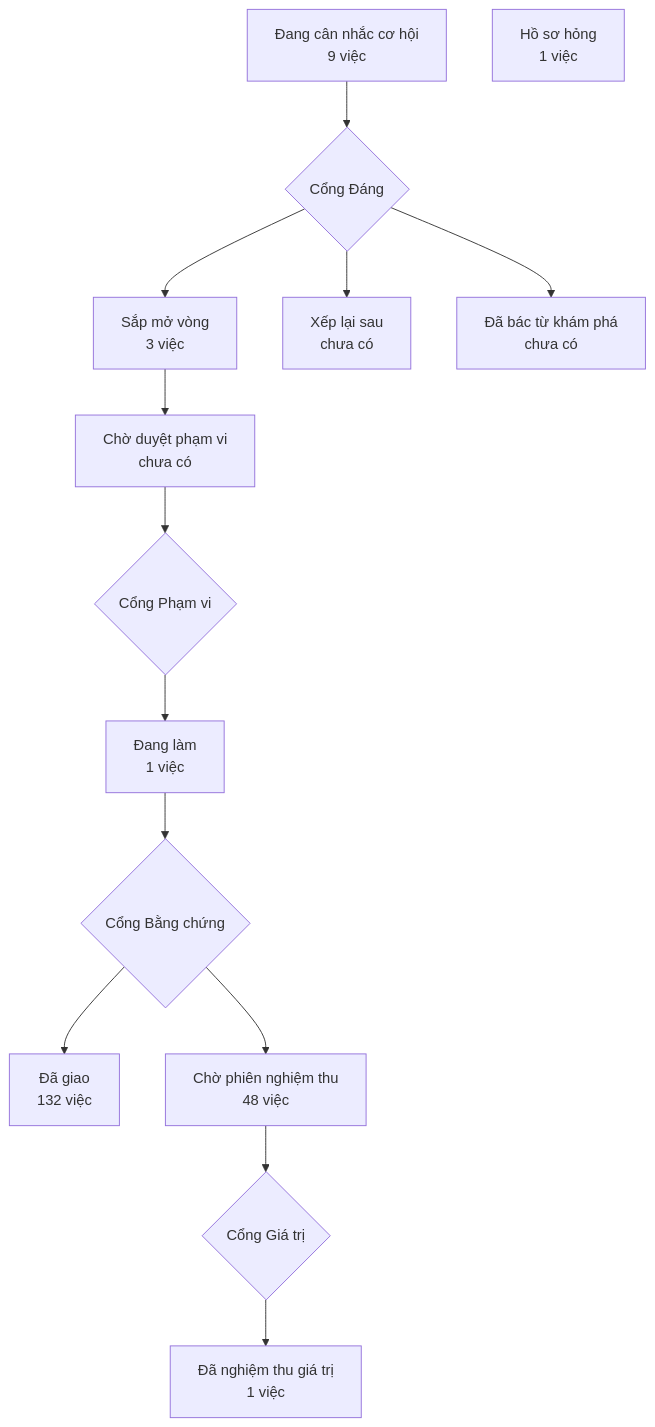
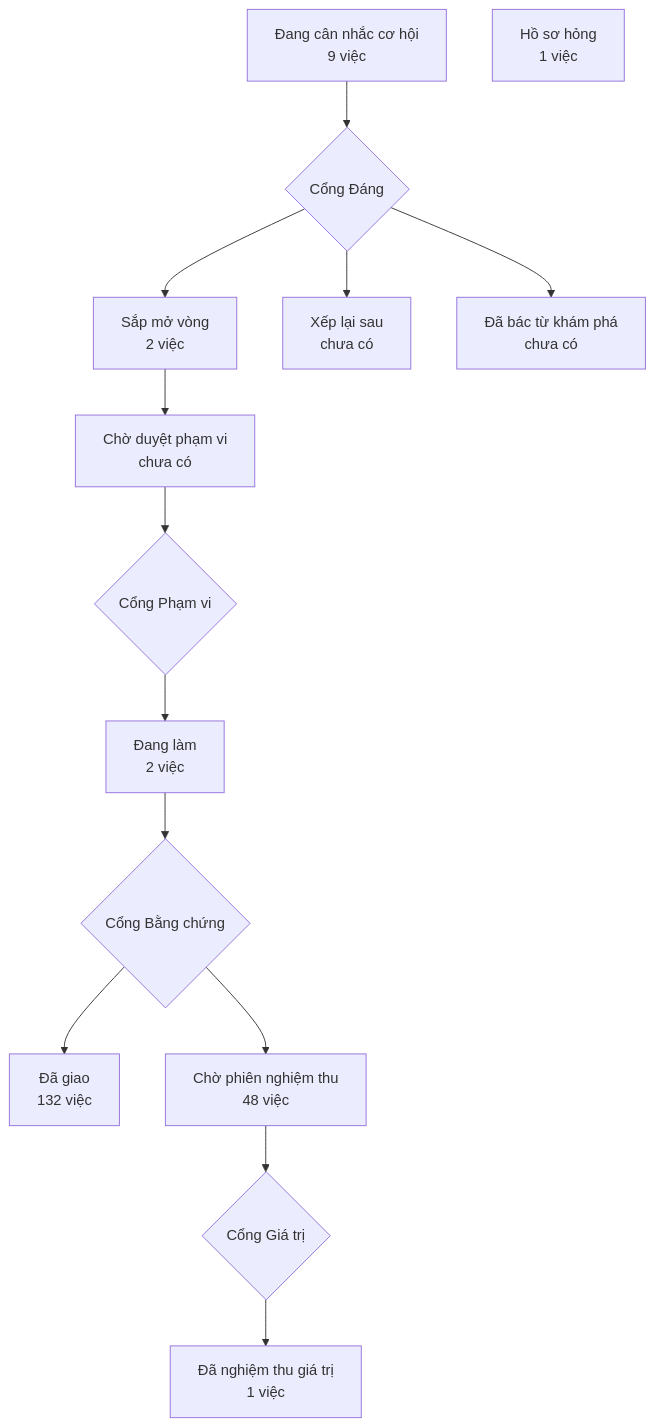
Before and after one commit to phanlemanh/crm-onehub: the diagram in PRODUCT-MAP.md, drawn with Mermaid. The commit also changed other lines of this file, not shown here.

Commit message:
chore: vẽ lại bản đồ sản phẩm

````diff
--- a/PRODUCT-MAP.md
+++ b/PRODUCT-MAP.md
@@ -7,13 +7,13 @@
 ```mermaid
 flowchart TD
   A["Đang cân nhắc cơ hội<br/>9 việc"] --> GD{"Cổng Đáng"}
-  GD --> B["Sắp mở vòng<br/>3 việc"]
+  GD --> B["Sắp mở vòng<br/>2 việc"]
   GD --> XL["Xếp lại sau<br/>chưa có"]
   GD --> DB["Đã bác từ khám phá<br/>chưa có"]
   B --> CD["Chờ duyệt phạm vi<br/>chưa có"] --> GP{"Cổng Phạm vi"}
-  GP --> DL["Đang làm<br/>1 việc"] --> GB{"Cổng Bằng chứng"}
+  GP --> DL["Đang làm<br/>2 việc"] --> GB{"Cổng Bằng chứng"}
   GB --> DG["Đã giao<br/>132 việc"]
   GB --> CN["Chờ phiên nghiệm thu<br/>48 việc"] --> GG{"Cổng Giá trị"}
   GG --> NT["Đã nghiệm thu giá trị<br/>1 việc"]
   HS["Hồ sơ hỏng<br/>1 việc"]
 ```
````
